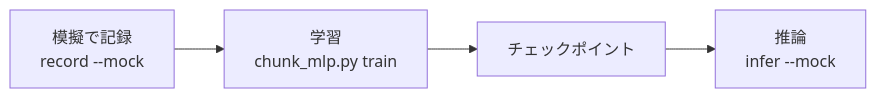
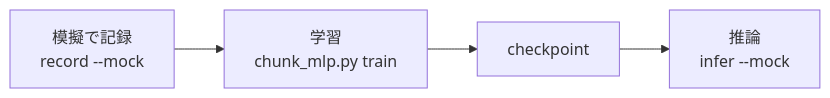
Before and after one commit to tetsugo02/roboloom: the diagram in docs/ja/tutorials/custom-policy.md, drawn with Mermaid. The commit also changed other lines of this file and 74 other files, not shown here.

````diff
--- a/docs/ja/tutorials/custom-policy.md
+++ b/docs/ja/tutorials/custom-policy.md
@@ -13,6 +13,6 @@
 ```mermaid
 flowchart LR
   A["模擬で記録<br/>record --mock"] --> B["学習<br/>chunk_mlp.py train"]
-  B --> C["チェックポイント"]
+  B --> C["checkpoint"]
   C --> D["推論<br/>infer --mock"]
 ```
````
